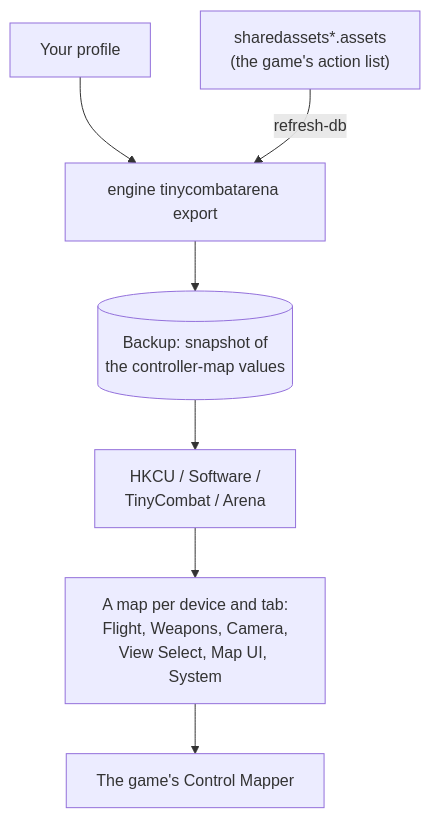
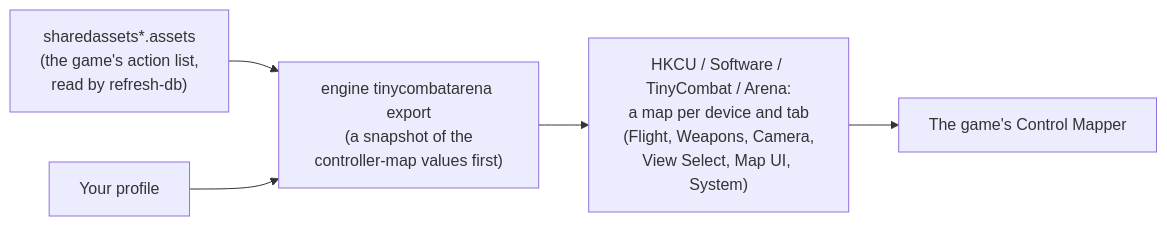
One commit to Holdi601/JoystickProfiler2 changed the diagram in website/content/games/tiny-combat-arena.md. Above: the diagram before and after it, drawn with Mermaid. The commit also changed other lines of this file and 718 other files, not shown here.

Commit message:
JoyPro2 2.7.0

````diff
--- a/website/content/games/tiny-combat-arena.md
+++ b/website/content/games/tiny-combat-arena.md
@@ -20,9 +142,8 @@
 ```mermaid
-flowchart TD
-  P["Your profile"] --> E["engine tinycombatarena export"]
-  E --> B[("Backup: snapshot of<br/>the controller-map values")]
-  B --> R["HKCU / Software /<br/>TinyCombat / Arena"]
-  R --> T["A map per device and tab:<br/>Flight, Weapons, Camera,<br/>View Select, Map UI, System"]
-  A["sharedassets*.assets<br/>(the game's action list)"] -->|"refresh-db"| E
+%% caption: The game keeps its controls in the Windows registry, one map per device and tab. JoyPro saves a snapshot before it writes.
+flowchart LR
+  A["sharedassets*.assets<br/>(the game's action list,<br/>read by refresh-db)"] --> E["engine tinycombatarena export<br/>(a snapshot of the<br/>controller-map values first)"]
+  P["Your profile"] --> E
+  E --> T["HKCU / Software / TinyCombat / Arena:<br/>a map per device and tab<br/>(Flight, Weapons, Camera,<br/>View Select, Map UI, System)"]
   T --> G["The game's Control Mapper"]
 ```
````
